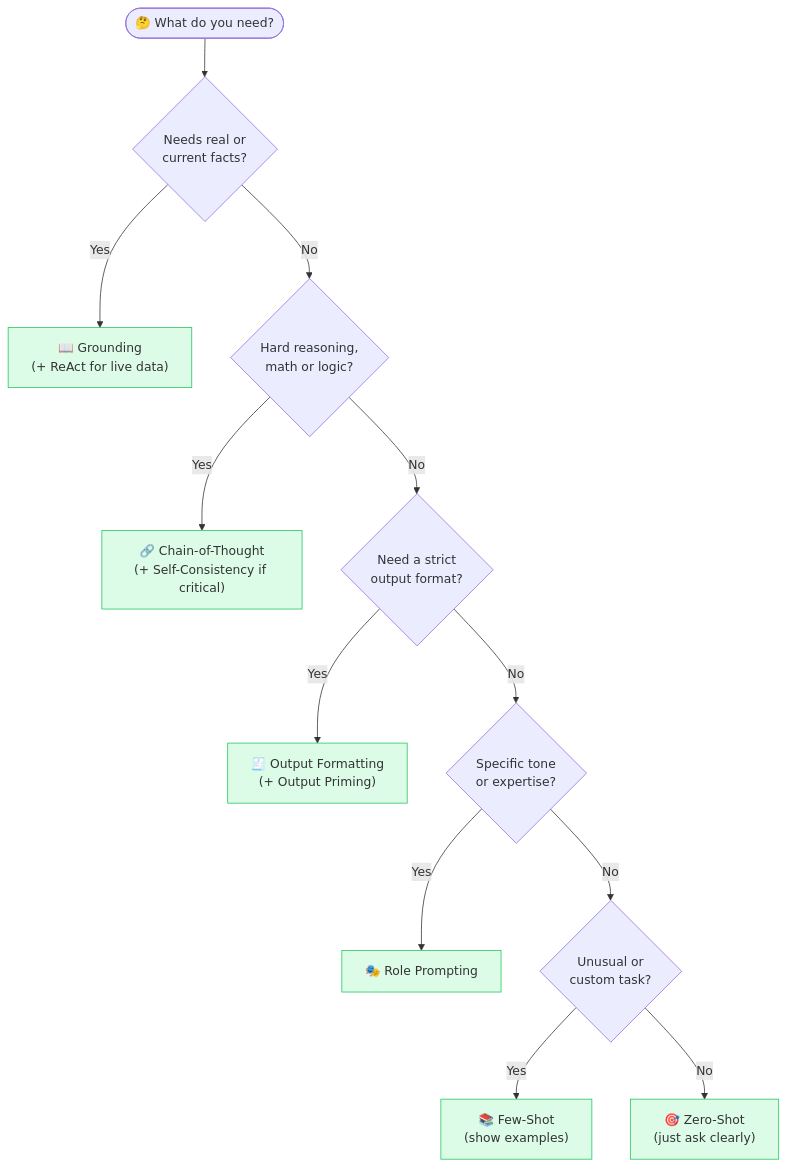
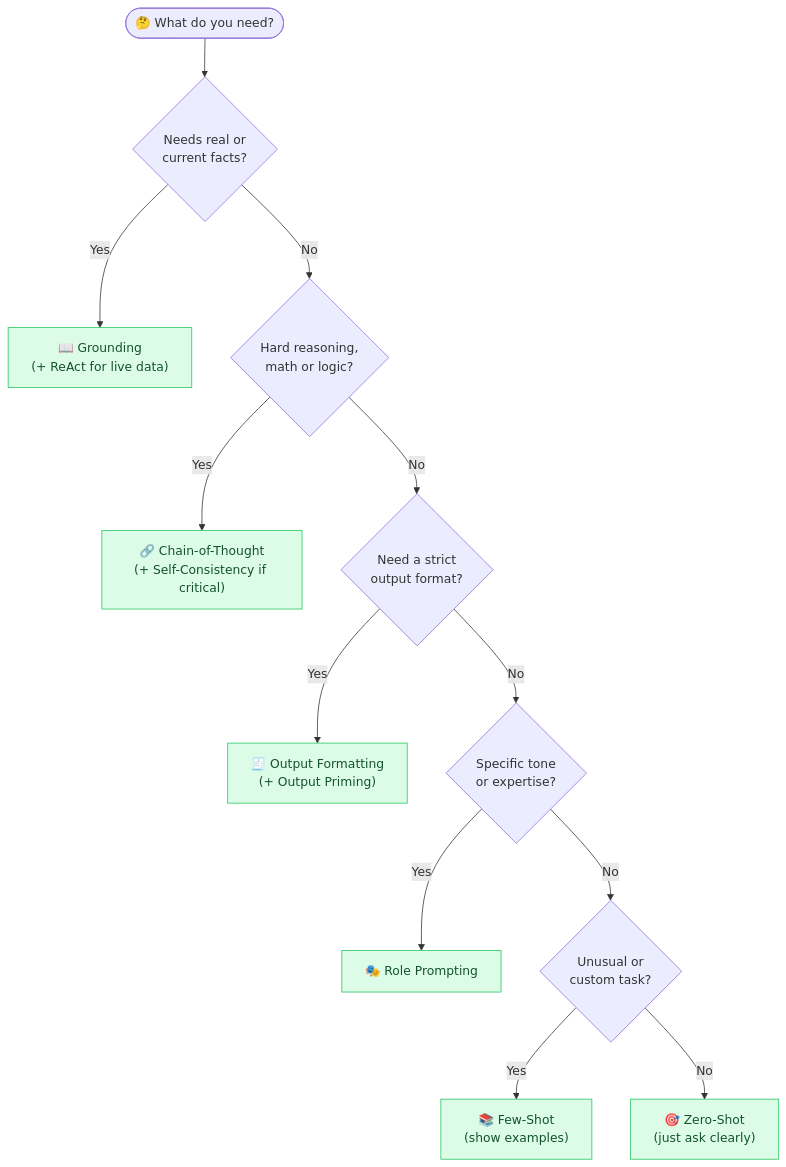
Before and after one commit to behnia137/prompt-engineering-visual: the diagram in README.md, drawn with Mermaid. The commit also changed 24 other files, not shown here.

First line of the commit message:
Fix Mermaid: escaped-quote parse errors + dark-mode text contrast

````diff
--- a/README.md
+++ b/README.md
@@ -41,20 +41,20 @@
 ```mermaid
 flowchart TD
     Start(["🤔 What do you need?"]) --> Facts{"Needs real or<br/>current facts?"}
     Facts -->|Yes| G["📖 Grounding<br/>(+ ReAct for live data)"]
     Facts -->|No| Hard{"Hard reasoning,<br/>math or logic?"}
     Hard -->|Yes| CoT["🔗 Chain-of-Thought<br/>(+ Self-Consistency if critical)"]
     Hard -->|No| Fmt{"Need a strict<br/>output format?"}
     Fmt -->|Yes| OF["🧾 Output Formatting<br/>(+ Output Priming)"]
     Fmt -->|No| Style{"Specific tone<br/>or expertise?"}
     Style -->|Yes| Role["🎭 Role Prompting"]
     Style -->|No| Odd{"Unusual or<br/>custom task?"}
     Odd -->|Yes| FS["📚 Few-Shot<br/>(show examples)"]
     Odd -->|No| ZS["🎯 Zero-Shot<br/>(just ask clearly)"]
-    style G fill:#dcfce7,stroke:#22c55e
-    style CoT fill:#dcfce7,stroke:#22c55e
-    style OF fill:#dcfce7,stroke:#22c55e
-    style Role fill:#dcfce7,stroke:#22c55e
-    style FS fill:#dcfce7,stroke:#22c55e
-    style ZS fill:#dcfce7,stroke:#22c55e
+    style G fill:#dcfce7,stroke:#22c55e,color:#14532d
+    style CoT fill:#dcfce7,stroke:#22c55e,color:#14532d
+    style OF fill:#dcfce7,stroke:#22c55e,color:#14532d
+    style Role fill:#dcfce7,stroke:#22c55e,color:#14532d
+    style FS fill:#dcfce7,stroke:#22c55e,color:#14532d
+    style ZS fill:#dcfce7,stroke:#22c55e,color:#14532d
 ```
````
